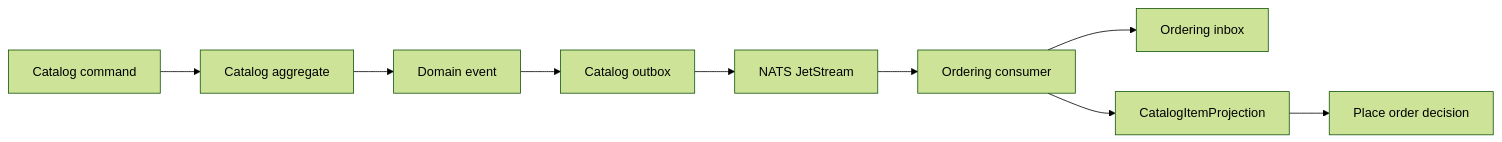
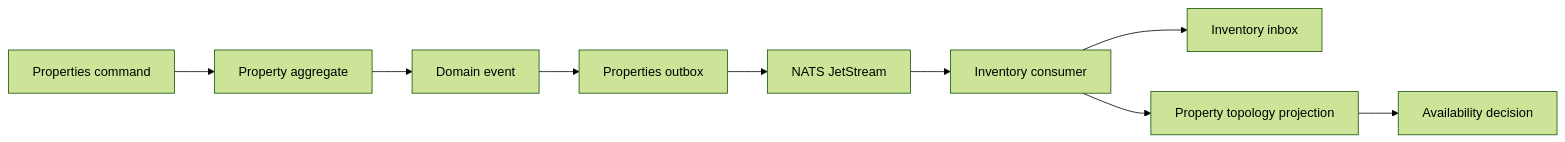
Before and after one commit to SadPossum/BunkFy.Backend: the first of 3 diagrams in docs/examples/cross-module-integration.md, drawn with Mermaid (forest theme). The commit also changed other lines of this file and 1841 other files, not shown here.

````diff
--- a/docs/examples/cross-module-integration.md
+++ b/docs/examples/cross-module-integration.md
@@ -36,11 +36,11 @@
 ```mermaid
 flowchart LR
-    A["Catalog command"] --> B["Catalog aggregate"]
+    A["Properties command"] --> B["Property aggregate"]
     B --> C["Domain event"]
-    C --> D["Catalog outbox"]
+    C --> D["Properties outbox"]
     D --> E["NATS JetStream"]
-    E --> F["Ordering consumer"]
-    F --> G["Ordering inbox"]
-    F --> H["CatalogItemProjection"]
-    H --> I["Place order decision"]
+    E --> F["Inventory consumer"]
+    F --> G["Inventory inbox"]
+    F --> H["Property topology projection"]
+    H --> I["Availability decision"]
 ```
````
